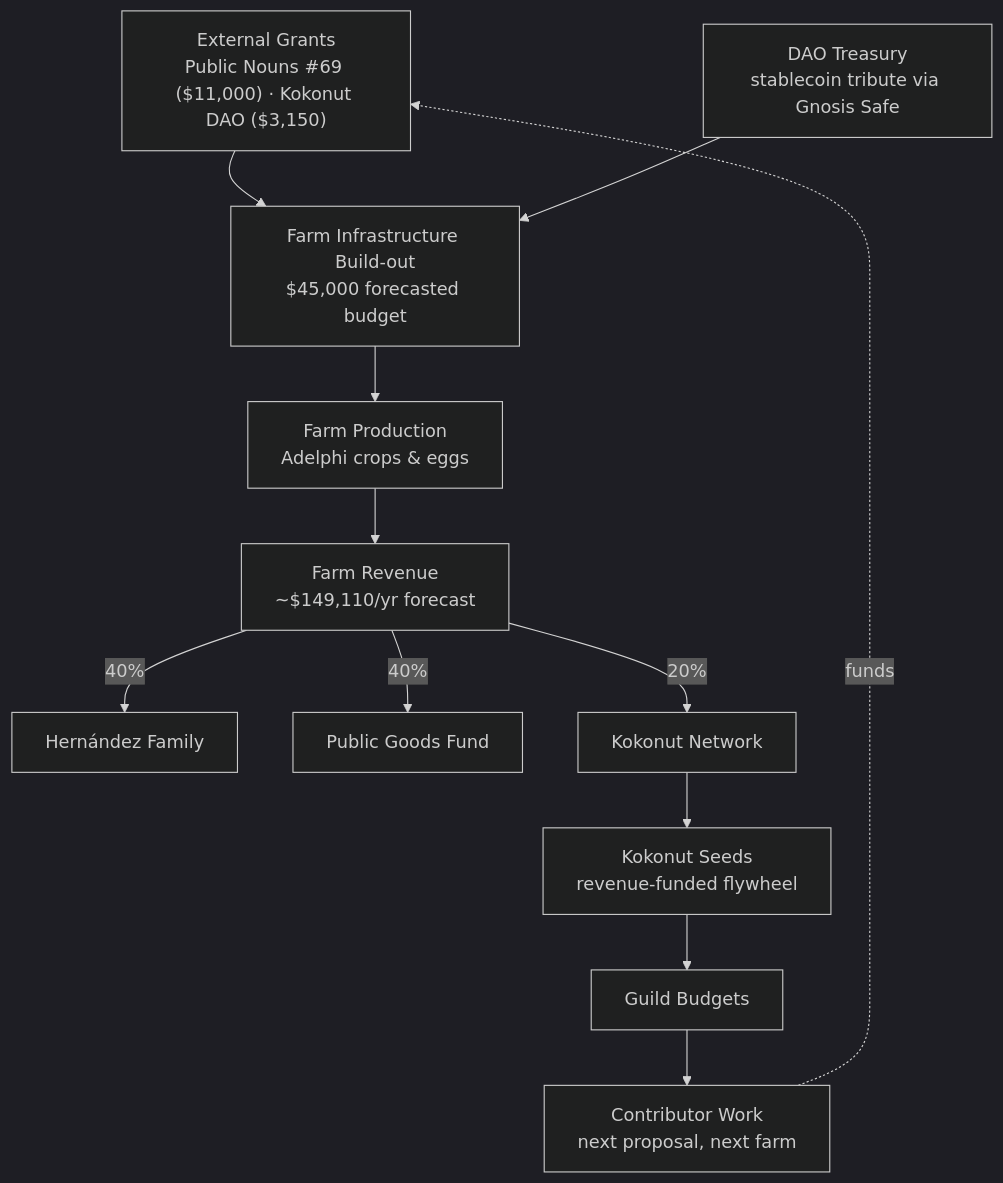
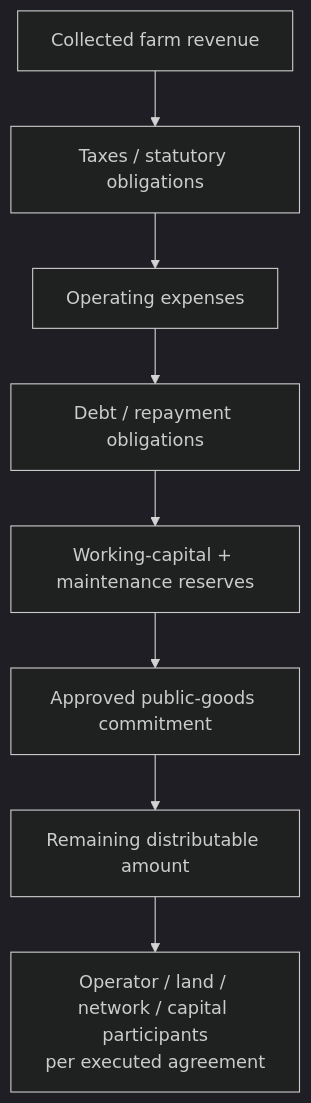
One commit to wasalo/Kokonut-Public-Site changed the third of 6 diagrams in playbooks/regenerative-finance/business-model-and-legal.mdx. Above: the diagram before and after it, drawn with Mermaid (dark theme). The commit also changed other lines of this file, not shown here.

````diff
--- a/playbooks/regenerative-finance/business-model-and-legal.mdx
+++ b/playbooks/regenerative-finance/business-model-and-legal.mdx
@@ -37,14 +288,10 @@
 ```mermaid
 flowchart TD
-    A["External Grants<br/>Public Nouns #69 ($11,000) · Kokonut DAO ($3,150)"] --> B["Farm Infrastructure Build-out<br/>$45,000 forecasted budget"]
-    C["DAO Treasury<br/>stablecoin tribute via Gnosis Safe"] --> B
-    B --> D["Farm Production<br/>Adelphi crops & eggs"]
-    D --> E["Farm Revenue<br/>~$149,110/yr forecast"]
-    E -->|40%| F["Hernández Family"]
-    E -->|40%| G["Public Goods Fund"]
-    E -->|20%| H["Kokonut Network"]
-    H --> I["Kokonut Seeds<br/>revenue-funded flywheel"]
-    I --> J["Guild Budgets"]
-    J --> K["Contributor Work<br/>next proposal, next farm"]
-    K -.funds.-> A
+    A["Collected farm revenue"] --> B["Taxes / statutory obligations"]
+    B --> C["Operating expenses"]
+    C --> D["Debt / repayment obligations"]
+    D --> E["Working-capital + maintenance reserves"]
+    E --> F["Approved public-goods commitment"]
+    F --> G["Remaining distributable amount"]
+    G --> H["Operator / land / network / capital participants\nper executed agreement"]
 ```
````
